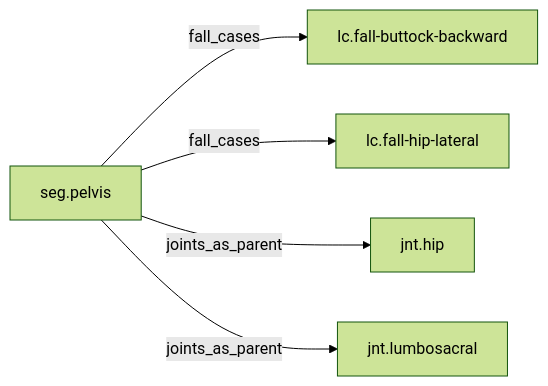
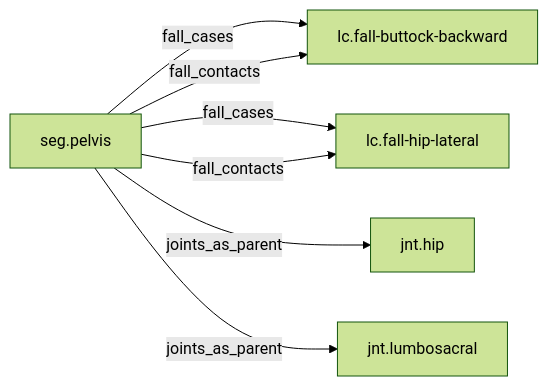
The diagram in thread/dossiers/seg.pelvis.md (JoeCiampa3/freyja), drawn with Mermaid (forest theme) before and after one commit. The commit also changed other lines of this file and 29 other files, not shown here.

````diff
--- a/thread/dossiers/seg.pelvis.md
+++ b/thread/dossiers/seg.pelvis.md
@@ -70,12 +71,14 @@
 ```mermaid
 graph LR
   n0["seg.pelvis"]
   n1["jnt.hip"]
   n2["jnt.lumbosacral"]
   n3["lc.fall-buttock-backward"]
   n4["lc.fall-hip-lateral"]
   n0 -->|fall_cases| n3
   n0 -->|fall_cases| n4
+  n0 -->|fall_contacts| n3
+  n0 -->|fall_contacts| n4
   n0 -->|joints_as_parent| n1
   n0 -->|joints_as_parent| n2
 ```
````
